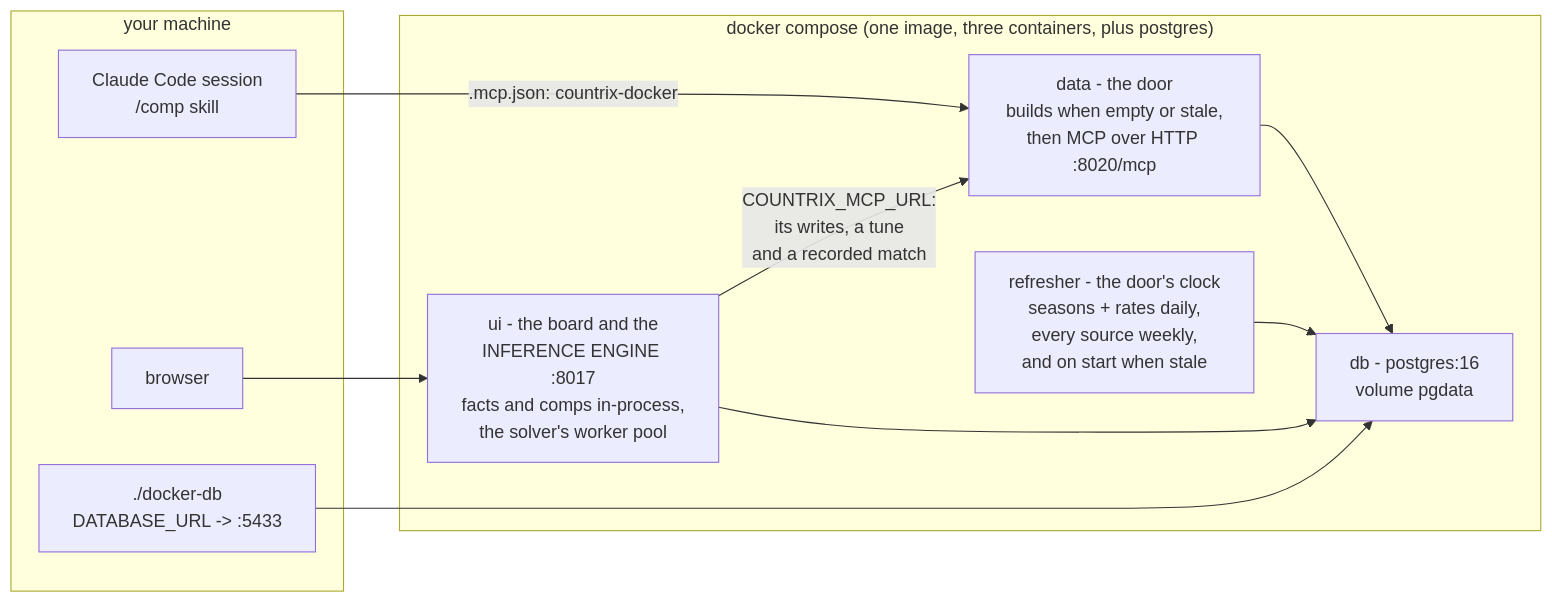
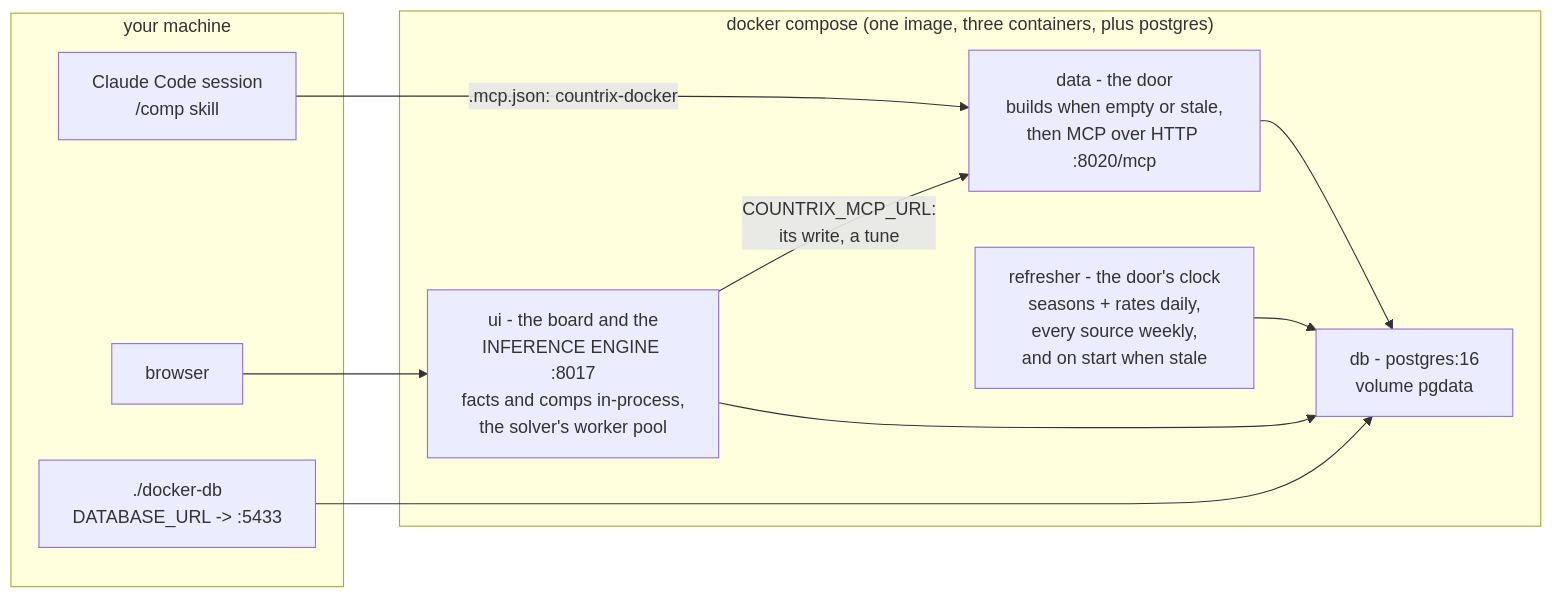
The second of 2 diagrams in docs/architecture.md (mmikol/countrix), drawn with Mermaid before and after one commit. The commit also changed other lines of this file and 63 other files, not shown here.

````diff
--- a/docs/architecture.md
+++ b/docs/architecture.md
@@ -128,21 +120,21 @@
 ```mermaid
 flowchart LR
     subgraph HOST["your machine"]
         SESSION["Claude Code session<br/>/comp skill"]
         BROWSER["browser"]
         SHELL["./docker-db<br/>DATABASE_URL -> :5433"]
     end
     subgraph DOCKER["docker compose (one image, three containers, plus postgres)"]
         DATA["data - the door<br/>builds when empty or stale,<br/>then MCP over HTTP :8020/mcp"]
         UI["ui - the board and the<br/>INFERENCE ENGINE :8017<br/>facts and comps in-process,<br/>the solver's worker pool"]
         DBC["db - postgres:16<br/>volume pgdata"]
         REF["refresher - the door's clock<br/>seasons + rates daily,<br/>every source weekly,<br/>and on start when stale"]
     end
     SESSION -->|".mcp.json: countrix-docker"| DATA
     BROWSER --> UI
-    UI -->|"COUNTRIX_MCP_URL:<br/>its writes, a tune<br/>and a recorded match"| DATA
+    UI -->|"COUNTRIX_MCP_URL:<br/>its write, a tune"| DATA
     UI --> DBC
     DATA --> DBC
     SHELL --> DBC
     REF --> DBC
 ```
````
